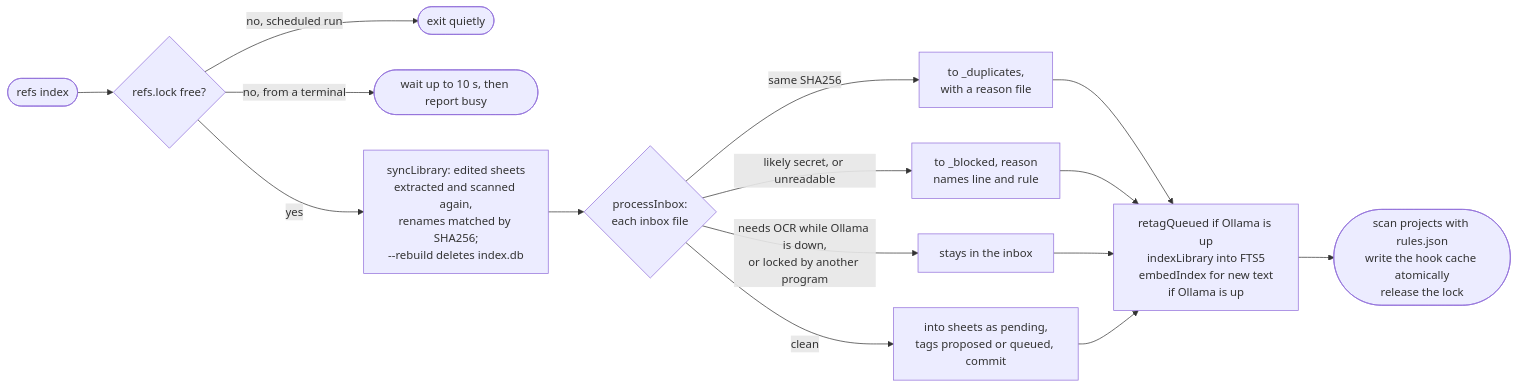
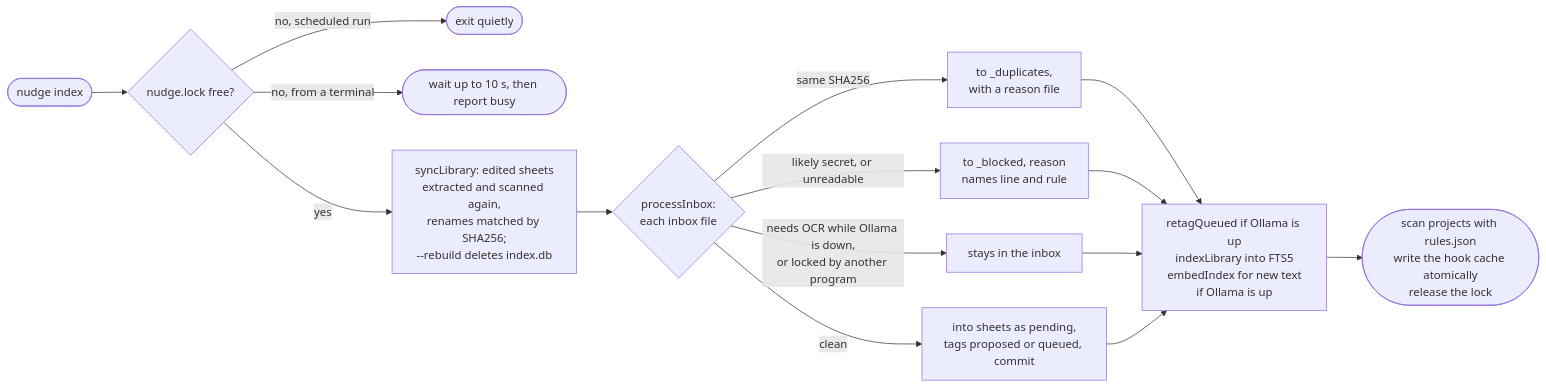
The fourth of 5 diagrams in docs/architecture.md (cgbot7/Nudge), drawn with Mermaid before and after one commit. The commit also changed other lines of this file and 81 other files, not shown here.

First line of the commit message:
Rename refs to nudge everywhere

````diff
--- a/docs/architecture.md
+++ b/docs/architecture.md
@@ -152,17 +152,17 @@
 ```mermaid
 flowchart LR
-  start(["refs index"]) --> lock{"refs.lock free?"}
+  start(["nudge index"]) --> lock{"nudge.lock free?"}
   lock -->|"no, scheduled run"| quiet(["exit quietly"])
   lock -->|"no, from a terminal"| busy(["wait up to 10 s, then report busy"])
   lock -->|yes| sync["syncLibrary: edited sheets<br/>extracted and scanned again,<br/>renames matched by SHA256;<br/>--rebuild deletes index.db"]
   sync --> kind{"processInbox:<br/>each inbox file"}
   kind -->|"same SHA256"| dup["to _duplicates,<br/>with a reason file"]
   kind -->|"likely secret, or unreadable"| blocked["to _blocked, reason<br/>names line and rule"]
   kind -->|"needs OCR while Ollama is down,<br/>or locked by another program"| waits["stays in the inbox"]
   kind -->|clean| imported["into sheets as pending,<br/>tags proposed or queued, commit"]
   dup --> work
   blocked --> work
   waits --> work
   imported --> work["retagQueued if Ollama is up<br/>indexLibrary into FTS5<br/>embedIndex for new text<br/>if Ollama is up"]
   work --> cache(["scan projects with rules.json<br/>write the hook cache atomically<br/>release the lock"])
 ```
````
